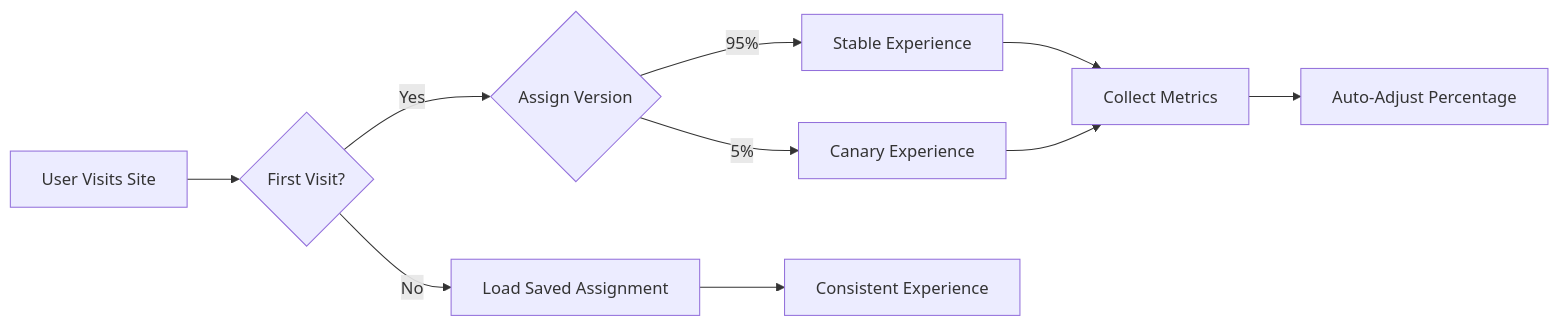
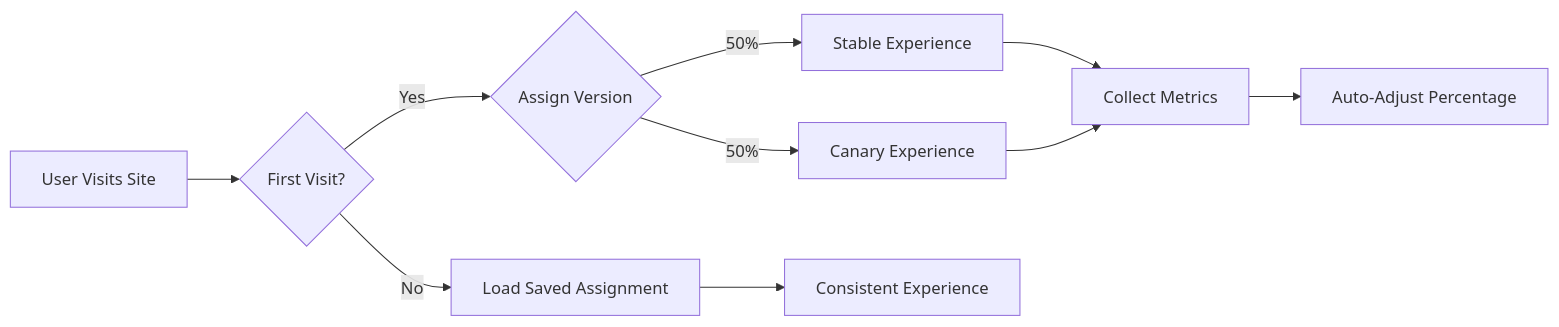
One commit to lloydchang/client-side-canary-deployment changed the first of 2 diagrams in README.md. Above: the diagram before and after it, drawn with Mermaid. The commit also changed other lines of this file, not shown here.

````diff
--- a/README.md
+++ b/README.md
@@ -15,12 +15,12 @@
 ```mermaid
 graph LR
     A[User Visits Site] --> B{First Visit?}
     B -->|Yes| C{Assign Version}
     B -->|No| D[Load Saved Assignment]
-    C -->|95%| E[Stable Experience]
-    C -->|5%| F[Canary Experience]
+    C -->|50%| E[Stable Experience]
+    C -->|50%| F[Canary Experience]
     D --> G[Consistent Experience]
     E --> H[Collect Metrics]
     F --> H
     H --> I[Auto-Adjust Percentage]
 ```
````
